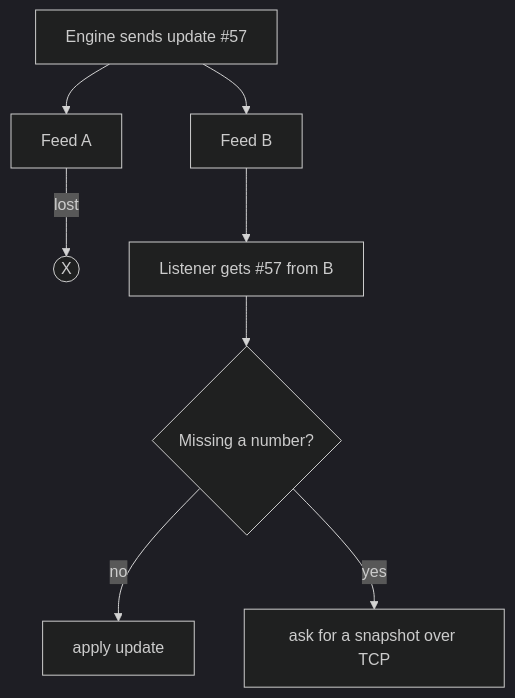
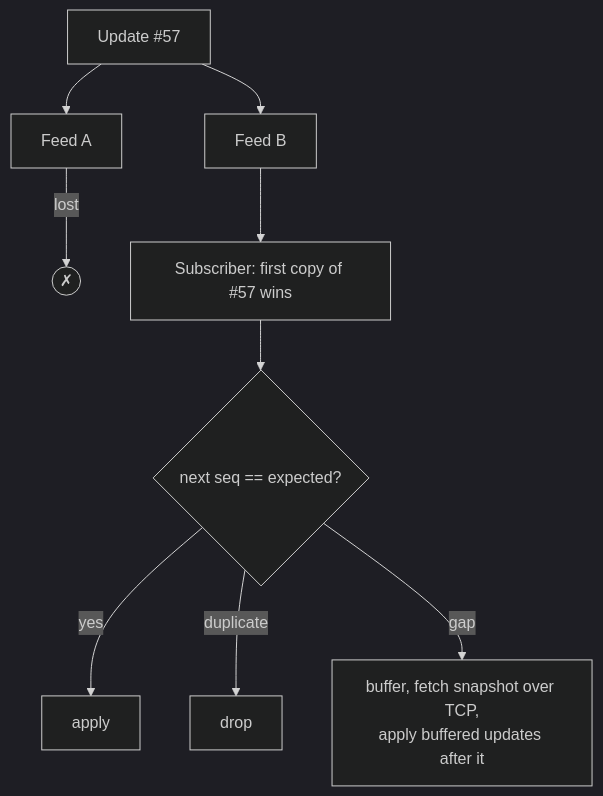
Before and after one commit to jan-lozano-dev/cpp-orderbook: the third of 4 diagrams in v2/idea.md, drawn with Mermaid (dark theme). The commit also changed other lines of this file, not shown here.

````diff
--- a/v2/idea.md
+++ b/v2/idea.md
@@ -142,10 +260,10 @@
 ```mermaid
 flowchart TD
-    E["Engine sends update #57"] --> A["Feed A"]
-    E --> B["Feed B"]
-    A -->|"lost"| X(("X"))
-    B --> L["Listener gets #57 from B"]
-    L --> GAP{"Missing a number?"}
-    GAP -->|no| OK["apply update"]
-    GAP -->|yes| SNAP["ask for a snapshot over TCP"]
+    E["Update #57"] --> A["Feed A"] & B["Feed B"]
+    A -->|lost| X(("✗"))
+    B --> L["Subscriber: first copy of #57 wins"]
+    L --> G{"next seq == expected?"}
+    G -->|yes| OK["apply"]
+    G -->|duplicate| DROP["drop"]
+    G -->|gap| SNAP["buffer, fetch snapshot over TCP,<br/>apply buffered updates after it"]
 ```
````
